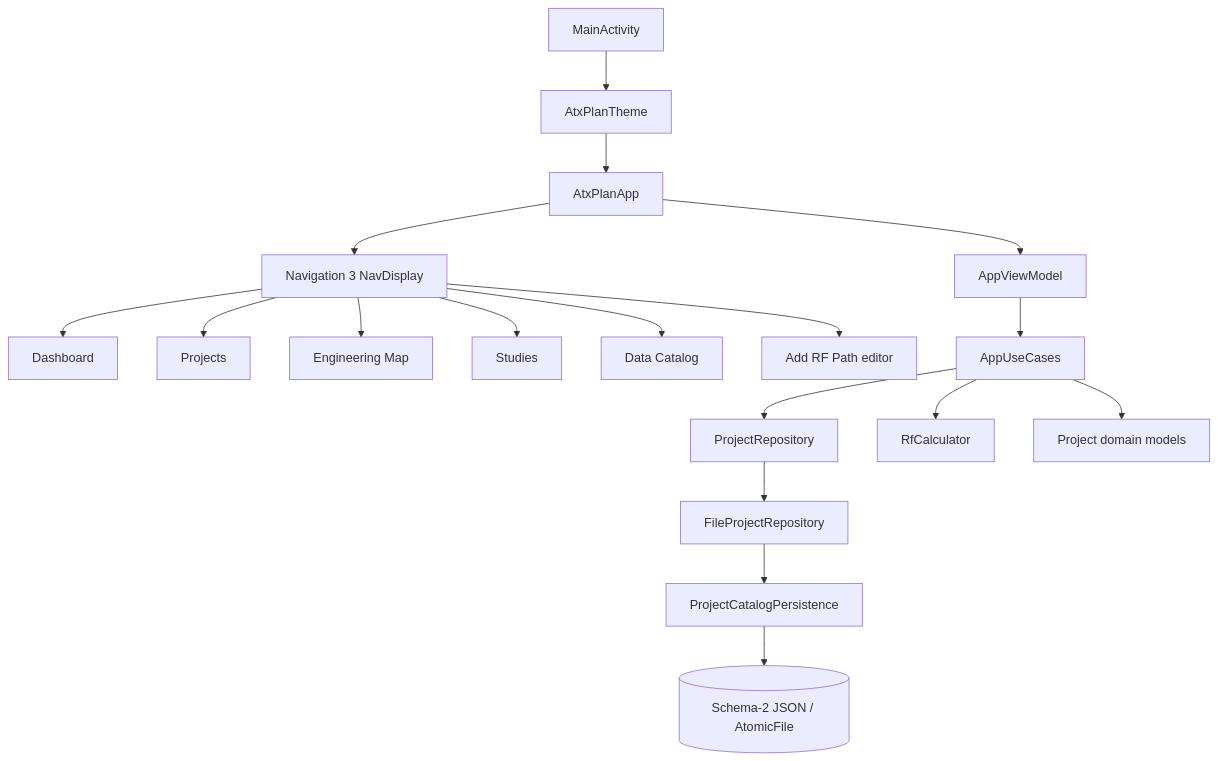
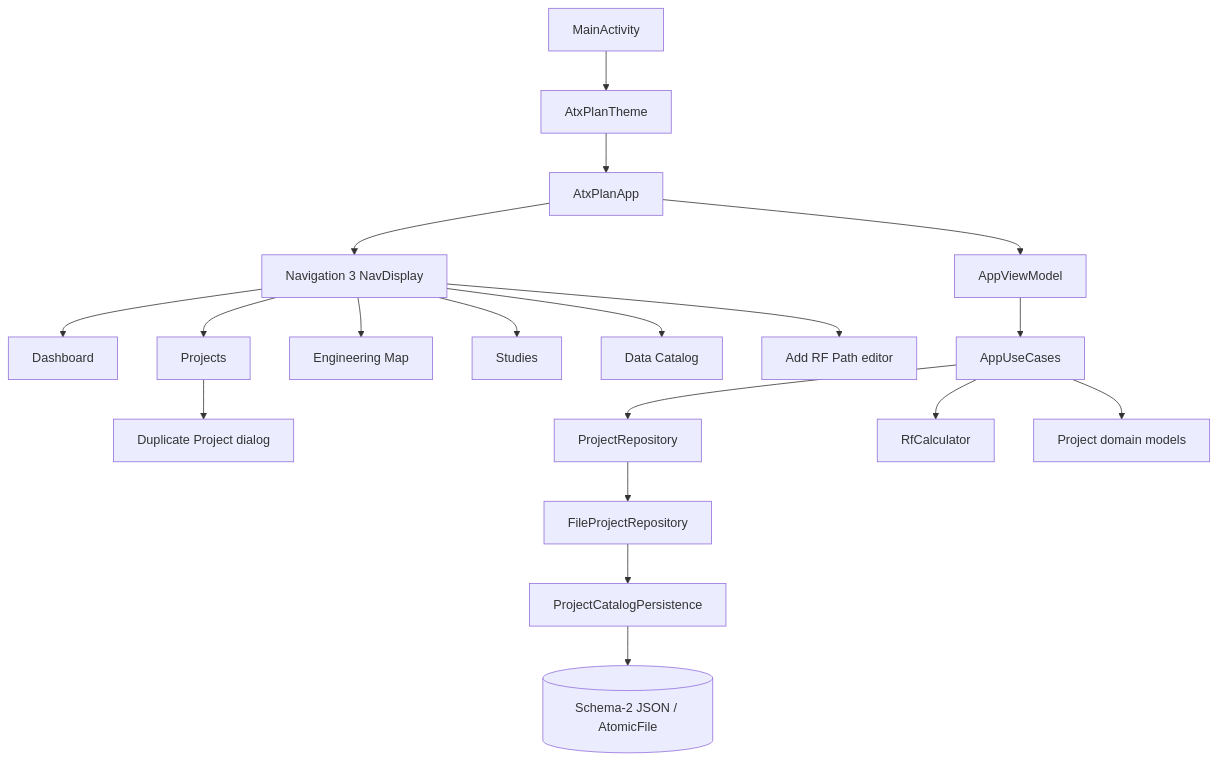
The first of 4 diagrams in docs/ARCHITECTURE.md (Gecesars/ATX_PLA_APK), drawn with Mermaid before and after one commit. The commit also changed other lines of this file and 13 other files, not shown here.

````diff
--- a/docs/ARCHITECTURE.md
+++ b/docs/ARCHITECTURE.md
@@ -25,20 +25,21 @@
 ```mermaid
 flowchart TD
     ACT[MainActivity] --> THEME[AtxPlanTheme]
     THEME --> APP[AtxPlanApp]
     APP --> VM[AppViewModel]
     APP --> NAV[Navigation 3 NavDisplay]
     NAV --> DASH[Dashboard]
     NAV --> PROJECTS[Projects]
     NAV --> MAP[Engineering Map]
     NAV --> STUDIES[Studies]
     NAV --> CATALOG[Data Catalog]
     NAV --> EDITOR[Add RF Path editor]
+    PROJECTS --> DUPLICATE[Duplicate Project dialog]
     VM --> USE[AppUseCases]
     USE --> PORT[ProjectRepository]
     USE --> RF[RfCalculator]
     USE --> DOMAIN[Project domain models]
     PORT --> FILE[FileProjectRepository]
     FILE --> PERSIST[ProjectCatalogPersistence]
     PERSIST --> JSON[(Schema-2 JSON / AtomicFile)]
 ```
````
